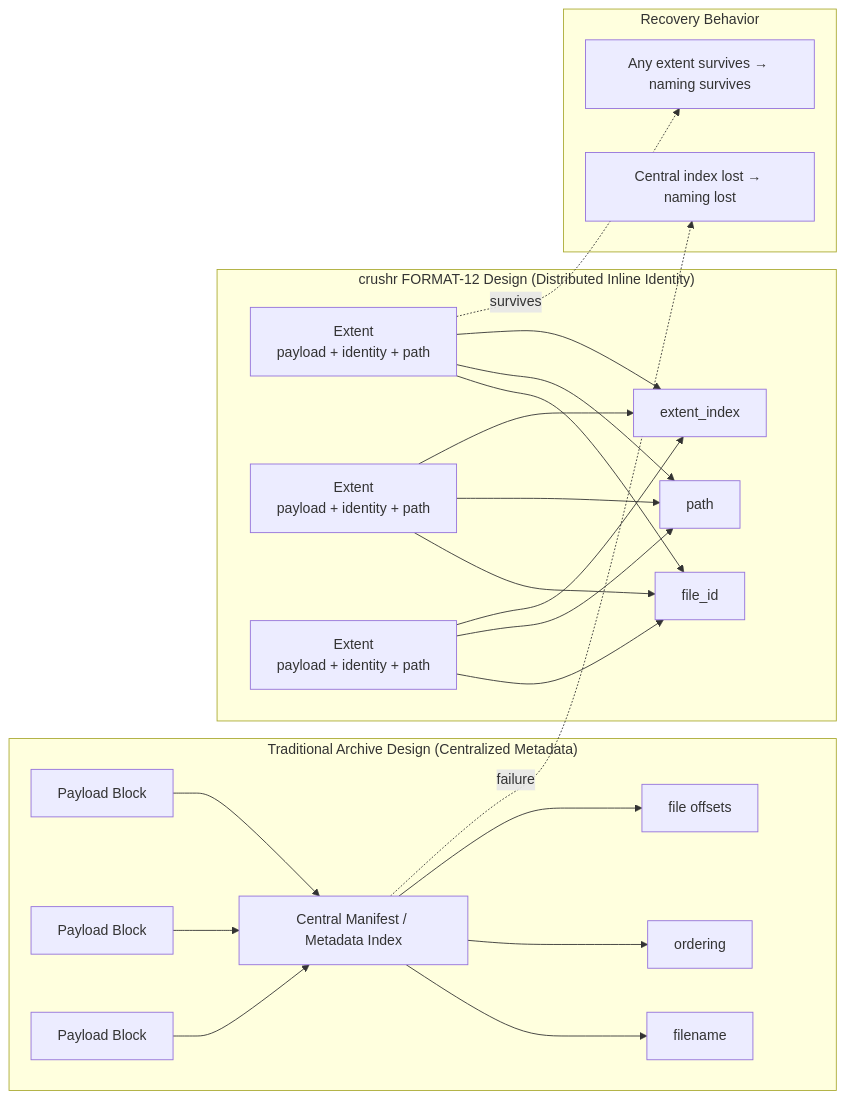
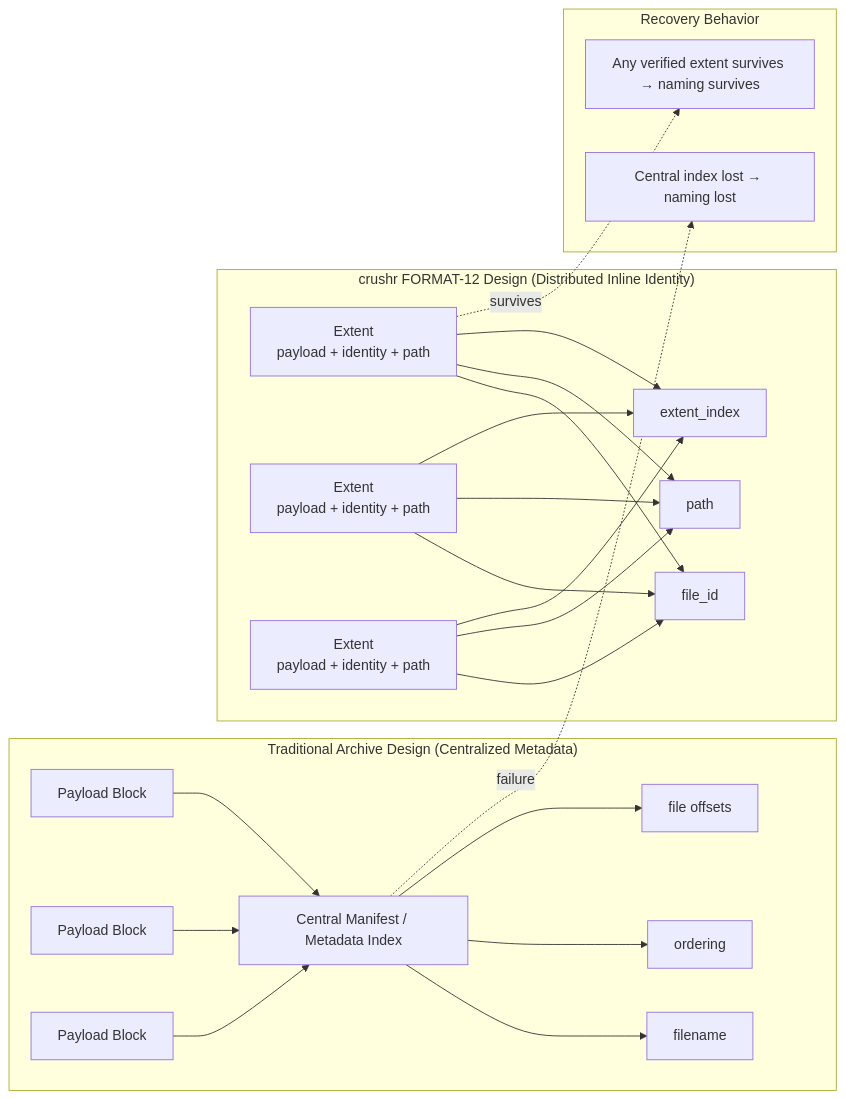
Before and after one commit to UglyEgg/crushr: the first of 2 diagrams in docs/research/format-12-inline-naming-breakthrough.md, drawn with Mermaid. The commit also changed other lines of this file, not shown here.

````diff
--- a/docs/research/format-12-inline-naming-breakthrough.md
+++ b/docs/research/format-12-inline-naming-breakthrough.md
@@ -114,46 +19,44 @@
 ```mermaid
 flowchart LR
 
 subgraph A["Traditional Archive Design (Centralized Metadata)"]
     P1["Payload Block"]
     P2["Payload Block"]
     P3["Payload Block"]
     IDX["Central Manifest / Metadata Index"]
 
     P1 --> IDX
     P2 --> IDX
     P3 --> IDX
 
     IDX --> N1["filename"]
     IDX --> N2["ordering"]
     IDX --> N3["file offsets"]
 end
-
 
 subgraph B["crushr FORMAT-12 Design (Distributed Inline Identity)"]
     E1["Extent<br/>payload + identity + path"]
     E2["Extent<br/>payload + identity + path"]
     E3["Extent<br/>payload + identity + path"]
 
     E1 --> R1["file_id"]
     E1 --> R2["path"]
     E1 --> R3["extent_index"]
 
     E2 --> R1
     E2 --> R2
     E2 --> R3
 
     E3 --> R1
     E3 --> R2
     E3 --> R3
 end
 
-
 subgraph C["Recovery Behavior"]
     D1["Central index lost → naming lost"]
-    D2["Any extent survives → naming survives"]
+    D2["Any verified extent survives → naming survives"]
 
     IDX -.failure.-> D1
     E1 -.survives.-> D2
 end
 ```
````
